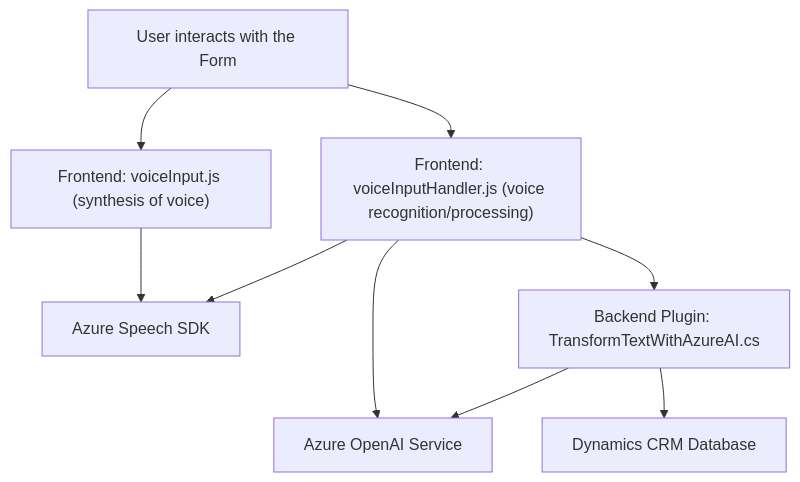
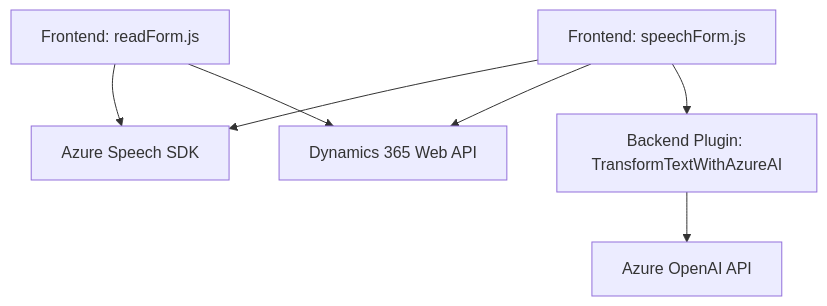
Before and after one commit to blopezdm/NETCORE_BILBAO2025: the diagram in README.md, drawn with Mermaid. The commit also changed other lines of this file, not shown here.

````diff
--- a/README.md
+++ b/README.md
@@ -31,19 +53,16 @@
 ```mermaid
 graph TD
-  A["User interacts with the Form"]
-  B["Frontend: voiceInput.js (synthesis of voice)"]
-  C["Frontend: voiceInputHandler.js (voice recognition/processing)"]
-  D["Azure Speech SDK"]
-  E["Azure OpenAI Service"]
-  F["Backend Plugin: TransformTextWithAzureAI.cs"]
-  G["Dynamics CRM Database"]
-
-  A --> B
-  A --> C
-  B --> D
-  C --> D
-  C --> E
-  C --> F
-  F --> E
-  F --> G
+    A["Frontend: readForm.js"]
+    B["Frontend: speechForm.js"]
+    C["Backend Plugin: TransformTextWithAzureAI"]
+    D["Azure Speech SDK"]
+    E["Azure OpenAI API"]
+    F["Dynamics 365 Web API"]
+    
+    A --> D
+    A --> F
+    B --> D
+    B --> F
+    B --> C
+    C --> E
 ```
````
